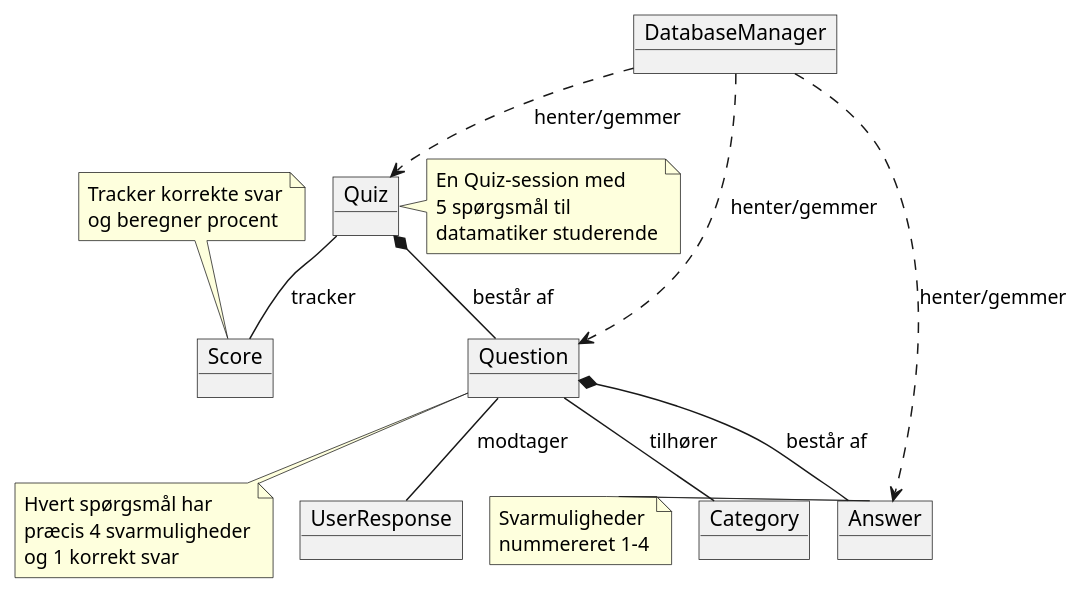
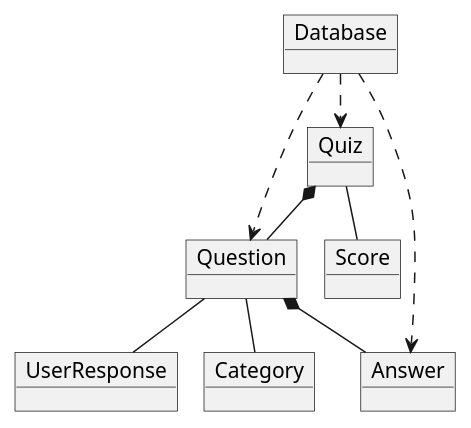
One commit to Gabbyskii/SP4 changed the first of 2 diagrams in doc-diagram/Domænemodel.puml. Above: the diagram before and after it, drawn with PlantUML. The commit also changed other lines of this file and 4 other files, not shown here.

```diff
--- a/doc-diagram/Domænemodel.puml
+++ b/doc-diagram/Domænemodel.puml
@@ -1,56 +1,36 @@
 @startuml
 !pragma layout smetana
 
 ' Domænemodel for Java Quiz Applikation
 
 object Quiz
 object Question
 object Answer
 object Score
 object UserResponse
 object Category
-object DatabaseManager
+object Database
 
 ' Komposition - Quiz består af Questions
-Quiz *-- Question : består af
+Quiz *-- Question
 
 ' Komposition - Question består af Answers
-Question *-- Answer : består af
+Question *-- Answer
 
 ' Association - Quiz tracker Score
-Quiz -- Score : tracker
+Quiz -- Score
 
 ' Association - Question tilhører Category
-Question -- Category : tilhører
+Question -- Category
 
 ' Association - Question modtager UserResponse
-Question -- UserResponse : modtager
+Question -- UserResponse
 
 ' Dependency - DatabaseManager håndterer data
-DatabaseManager ..> Quiz : henter/gemmer
-DatabaseManager ..> Question : henter/gemmer
-DatabaseManager ..> Answer : henter/gemmer
+Database ..> Quiz
+Database ..> Question
+Database ..> Answer
 
-note right of Quiz
-  En Quiz-session med
-  5 spørgsmål til
-  datamatiker studerende
-end note
 
-note bottom of Question
-  Hvert spørgsmål har
-  præcis 4 svarmuligheder
-  og 1 korrekt svar
-end note
-
-note left of Answer
-  Svarmuligheder
-  nummereret 1-4
-end note
-
-note top of Score
-  Tracker korrekte svar
-  og beregner procent
-end note
 
 @enduml
```
